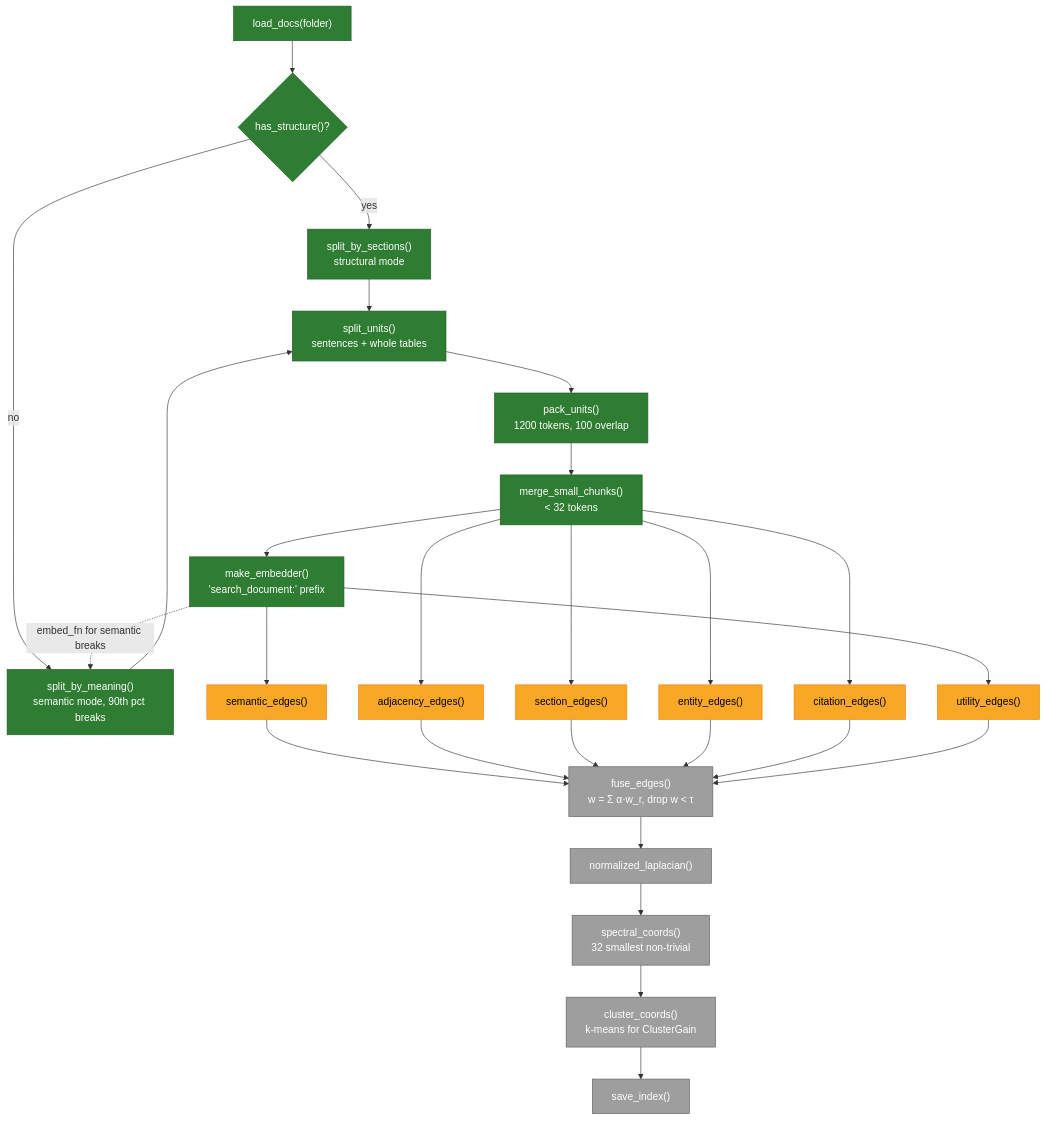
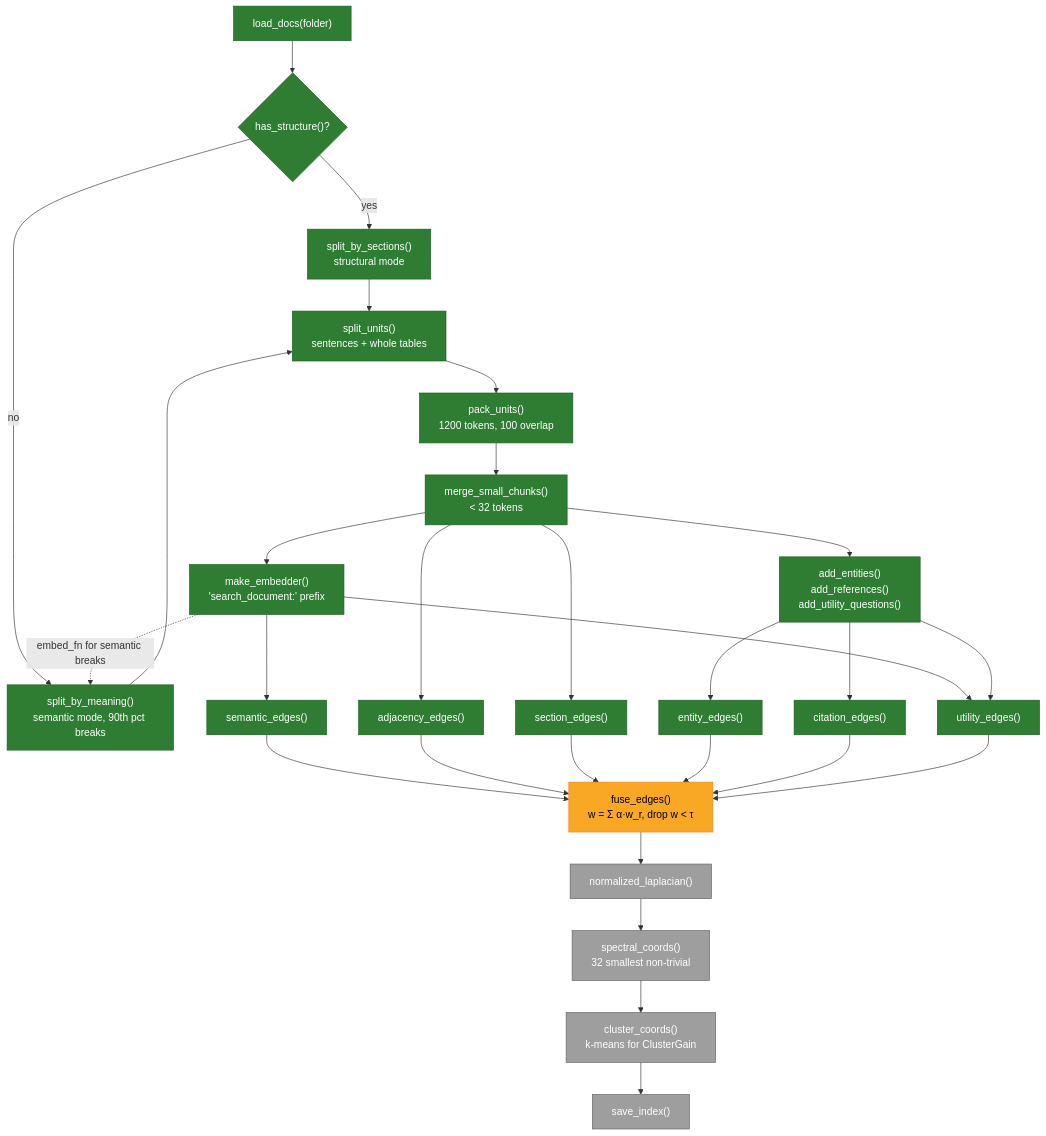
Before and after one commit to aion7891/Spect-RAG: the second of 9 diagrams in README.md, drawn with Mermaid. The commit also changed other lines of this file and 12 other files, not shown here.

Commit message:
feat: Phase 5 – six edge signals (semantic, adjacency, section, entity, utility, citation)

````diff
--- a/README.md
+++ b/README.md
@@ -190,26 +190,28 @@
 ```mermaid
 flowchart TD
     A["load_docs(folder)"]:::done --> B{"has_structure()?"}:::done
     B -- yes --> C["split_by_sections()<br/>structural mode"]:::done
     B -- no --> D["split_by_meaning()<br/>semantic mode, 90th pct breaks"]:::done
     C --> U["split_units()<br/>sentences + whole tables"]:::done
     D --> U
     U --> E["pack_units()<br/>1200 tokens, 100 overlap"]:::done
     E --> F["merge_small_chunks()<br/>&lt; 32 tokens"]:::done
     F --> G["make_embedder()<br/>'search_document:' prefix"]:::done
     G -. "embed_fn for semantic breaks" .-> D
-    G --> H1["semantic_edges()"]:::doing
-    G --> H6["utility_edges()"]:::doing
-    F --> H2["adjacency_edges()"]:::doing
-    F --> H3["section_edges()"]:::doing
-    F --> H4["entity_edges()"]:::doing
-    F --> H5["citation_edges()"]:::doing
-    H1 & H2 & H3 & H4 & H5 & H6 --> I["fuse_edges()<br/>w = Σ α·w_r, drop w &lt; τ"]:::todo
+    F --> X1["add_entities()<br/>add_references()<br/>add_utility_questions()"]:::done
+    G --> H1["semantic_edges()"]:::done
+    G --> H6["utility_edges()"]:::done
+    F --> H2["adjacency_edges()"]:::done
+    F --> H3["section_edges()"]:::done
+    X1 --> H4["entity_edges()"]:::done
+    X1 --> H5["citation_edges()"]:::done
+    X1 --> H6
+    H1 & H2 & H3 & H4 & H5 & H6 --> I["fuse_edges()<br/>w = Σ α·w_r, drop w &lt; τ"]:::doing
     I --> J["normalized_laplacian()"]:::todo
     J --> K["spectral_coords()<br/>32 smallest non-trivial"]:::todo
     K --> L["cluster_coords()<br/>k-means for ClusterGain"]:::todo
     L --> M["save_index()"]:::todo
     classDef done fill:#2e7d32,color:#fff,stroke:#1b5e20
     classDef doing fill:#f9a825,color:#000,stroke:#f57f17
     classDef todo fill:#9e9e9e,color:#fff,stroke:#616161
 ```
````
